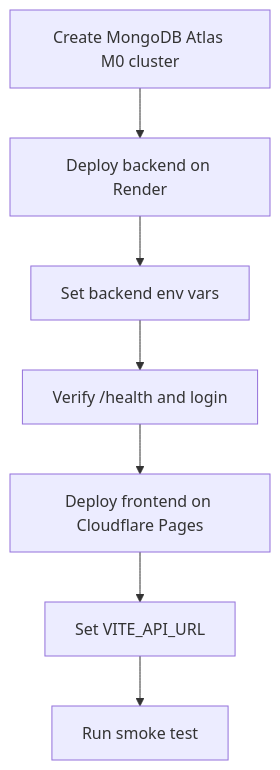
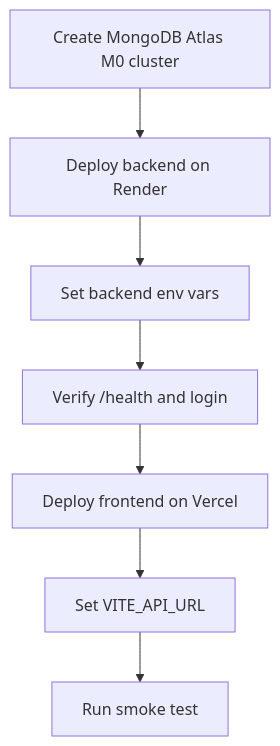
Before and after one commit to gunjitdhakar15/devledger: the first of 2 diagrams in deploy/FREE_DEPLOY_CHECKLIST.md, drawn with Mermaid. The commit also changed other lines of this file and 310 other files, not shown here.

````diff
--- a/deploy/FREE_DEPLOY_CHECKLIST.md
+++ b/deploy/FREE_DEPLOY_CHECKLIST.md
@@ -40,9 +40,9 @@
 ```mermaid
 flowchart TD
     A["Create MongoDB Atlas M0 cluster"] --> B["Deploy backend on Render"]
     B --> C["Set backend env vars"]
     C --> D["Verify /health and login"]
-    D --> E["Deploy frontend on Cloudflare Pages"]
+    D --> E["Deploy frontend on Vercel"]
     E --> F["Set VITE_API_URL"]
     F --> G["Run smoke test"]
 ```
````
